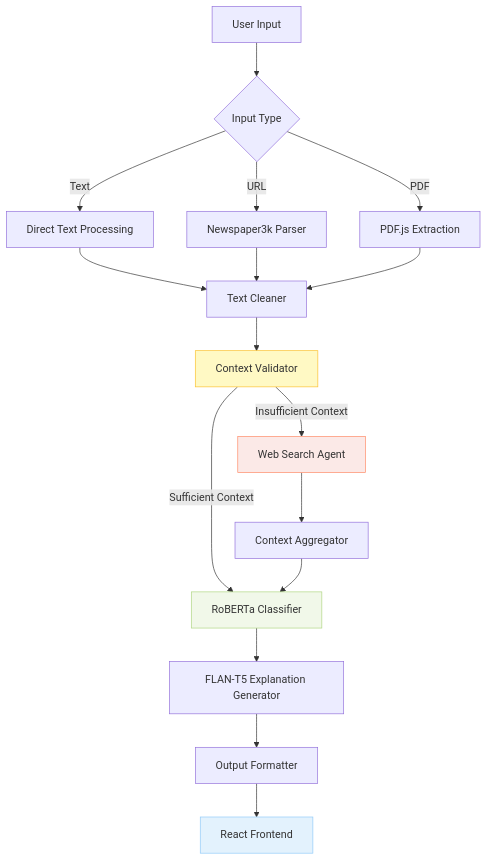
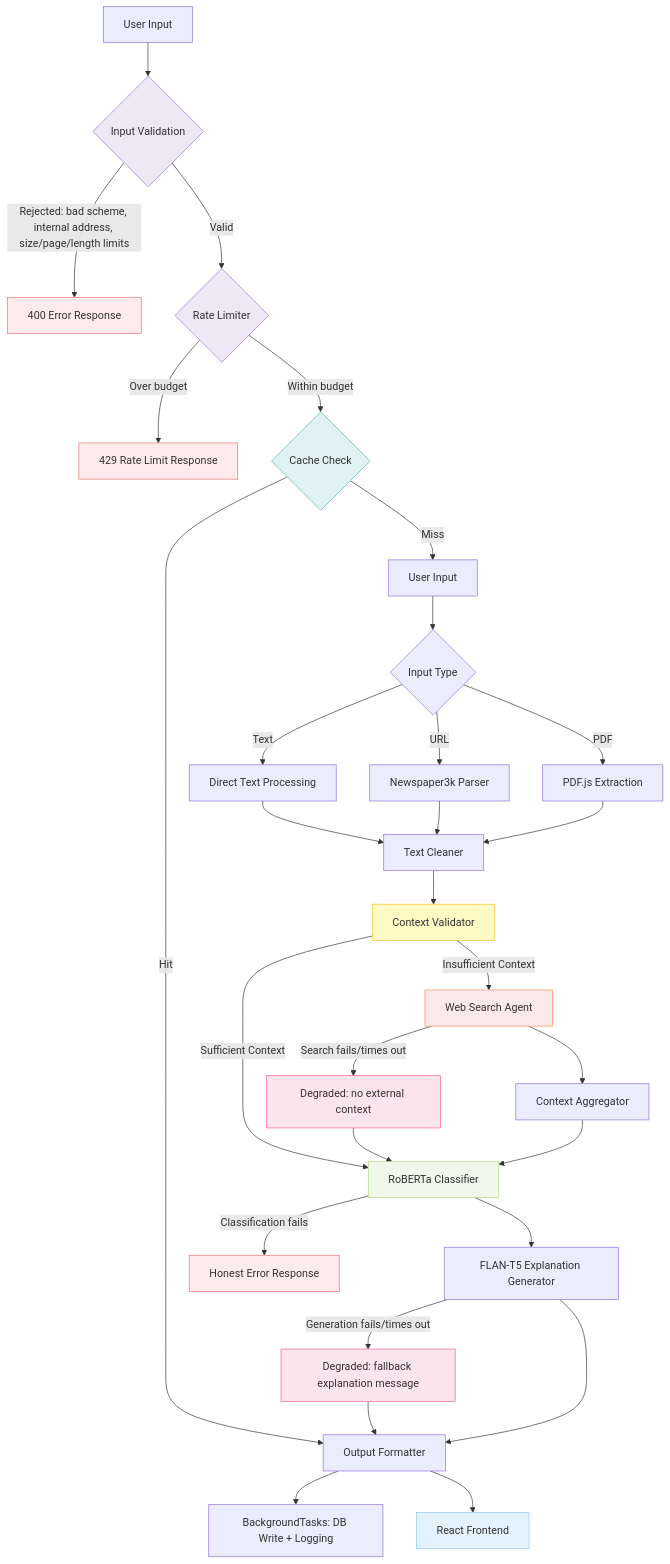
One commit to Md-Emon-Hasan/InformaTruth changed the diagram in README.md. Above: the diagram before and after it, drawn with Mermaid. The commit also changed other lines of this file and 23 other files, not shown here.

````diff
--- a/README.md
+++ b/README.md
@@ -208,28 +277,51 @@
 ```mermaid
 graph TD
-    A[User Input] --> B{Input Type}
+    Z[User Input] --> V{Input Validation}
+    V -->|Rejected: bad scheme, internal address, size/page/length limits| ZE[400 Error Response]
+    V -->|Valid| RL{Rate Limiter}
+    RL -->|Over budget| RE[429 Rate Limit Response]
+    RL -->|Within budget| CC{Cache Check}
+
+    CC -->|Hit| L
+    CC -->|Miss| A[User Input]
+
+    A --> B{Input Type}
     B -->|Text| C[Direct Text Processing]
     B -->|URL| D[Newspaper3k Parser]
     B -->|PDF| E[PDF.js Extraction]
 
     C --> F[Text Cleaner]
     D --> F
     E --> F
 
     F --> G[Context Validator]
     G -->|Sufficient Context| H[RoBERTa Classifier]
     G -->|Insufficient Context| I[Web Search Agent]
-    
+
+    I -->|Search fails/times out| ID[Degraded: no external context]
+    ID --> H
     I --> J[Context Aggregator]
     J --> H
 
+    H -->|Classification fails| HE[Honest Error Response]
     H --> K[FLAN-T5 Explanation Generator]
-    K --> L[Output Formatter]
-    
+    K -->|Generation fails/times out| KD[Degraded: fallback explanation message]
+    KD --> L[Output Formatter]
+    K --> L
+
+    L --> BT[BackgroundTasks: DB Write + Logging]
     L --> M[React Frontend]
 
     style M fill:#e3f2fd,stroke:#90caf9
     style G fill:#fff9c4,stroke:#fbc02d
     style I fill:#fbe9e7,stroke:#ff8a65
     style H fill:#f1f8e9,stroke:#aed581
+    style V fill:#ede7f6,stroke:#9575cd
+    style RL fill:#ede7f6,stroke:#9575cd
+    style CC fill:#e0f2f1,stroke:#4db6ac
+    style ID fill:#fce4ec,stroke:#f06292
+    style KD fill:#fce4ec,stroke:#f06292
+    style ZE fill:#ffebee,stroke:#e57373
+    style RE fill:#ffebee,stroke:#e57373
+    style HE fill:#ffebee,stroke:#e57373
 ```
````
